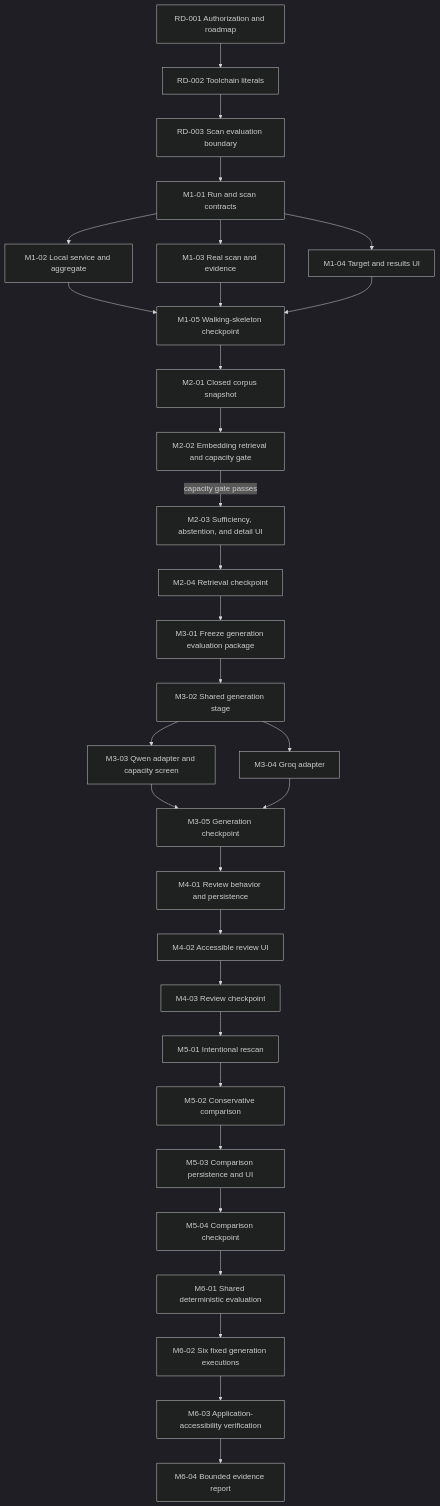
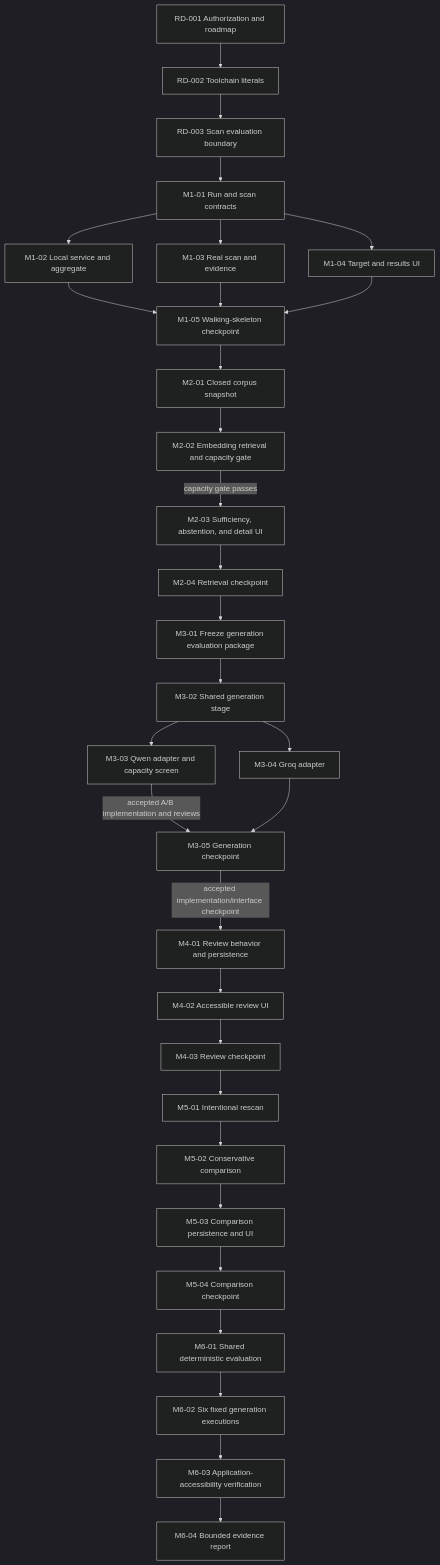
The diagram in docs/DEVELOPMENT_ROADMAP.md (mmjosedaniel/a11y-evidence-lab), drawn with Mermaid (dark theme) before and after one commit. The commit also changed other lines of this file and 35 other files, not shown here.

````diff
--- a/docs/DEVELOPMENT_ROADMAP.md
+++ b/docs/DEVELOPMENT_ROADMAP.md
@@ -117,38 +119,38 @@
 ```mermaid
 flowchart TD
     RD1[RD-001 Authorization and roadmap] --> RD2[RD-002 Toolchain literals]
     RD2 --> RD3[RD-003 Scan evaluation boundary]
     RD3 --> M101[M1-01 Run and scan contracts]
     M101 --> M102[M1-02 Local service and aggregate]
     M101 --> M103[M1-03 Real scan and evidence]
     M101 --> M104[M1-04 Target and results UI]
     M102 --> M105[M1-05 Walking-skeleton checkpoint]
     M103 --> M105
     M104 --> M105
 
     M105 --> M201[M2-01 Closed corpus snapshot]
     M201 --> M202[M2-02 Embedding retrieval and capacity gate]
     M202 -->|capacity gate passes| M203[M2-03 Sufficiency, abstention, and detail UI]
     M203 --> M204[M2-04 Retrieval checkpoint]
 
     M204 --> M301[M3-01 Freeze generation evaluation package]
     M301 --> M302[M3-02 Shared generation stage]
     M302 --> M303[M3-03 Qwen adapter and capacity screen]
     M302 --> M304[M3-04 Groq adapter]
-    M303 --> M305[M3-05 Generation checkpoint]
+    M303 -->|accepted A/B implementation and reviews| M305[M3-05 Generation checkpoint]
     M304 --> M305
 
-    M305 --> M401[M4-01 Review behavior and persistence]
+    M305 -->|accepted implementation/interface checkpoint| M401[M4-01 Review behavior and persistence]
     M401 --> M402[M4-02 Accessible review UI]
     M402 --> M403[M4-03 Review checkpoint]
 
     M403 --> M501[M5-01 Intentional rescan]
     M501 --> M502[M5-02 Conservative comparison]
     M502 --> M503[M5-03 Comparison persistence and UI]
     M503 --> M504[M5-04 Comparison checkpoint]
 
     M504 --> M601[M6-01 Shared deterministic evaluation]
     M601 --> M602[M6-02 Six fixed generation executions]
     M602 --> M603[M6-03 Application-accessibility verification]
     M603 --> M604[M6-04 Bounded evidence report]
 ```
````
